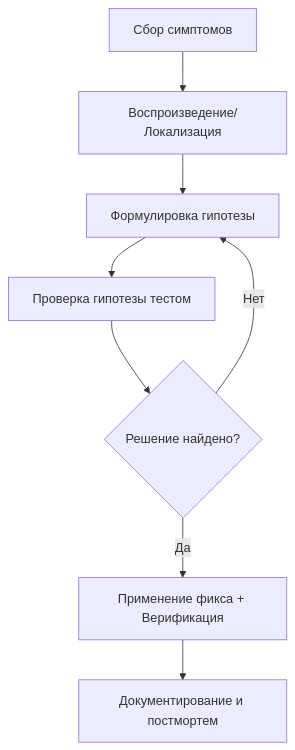
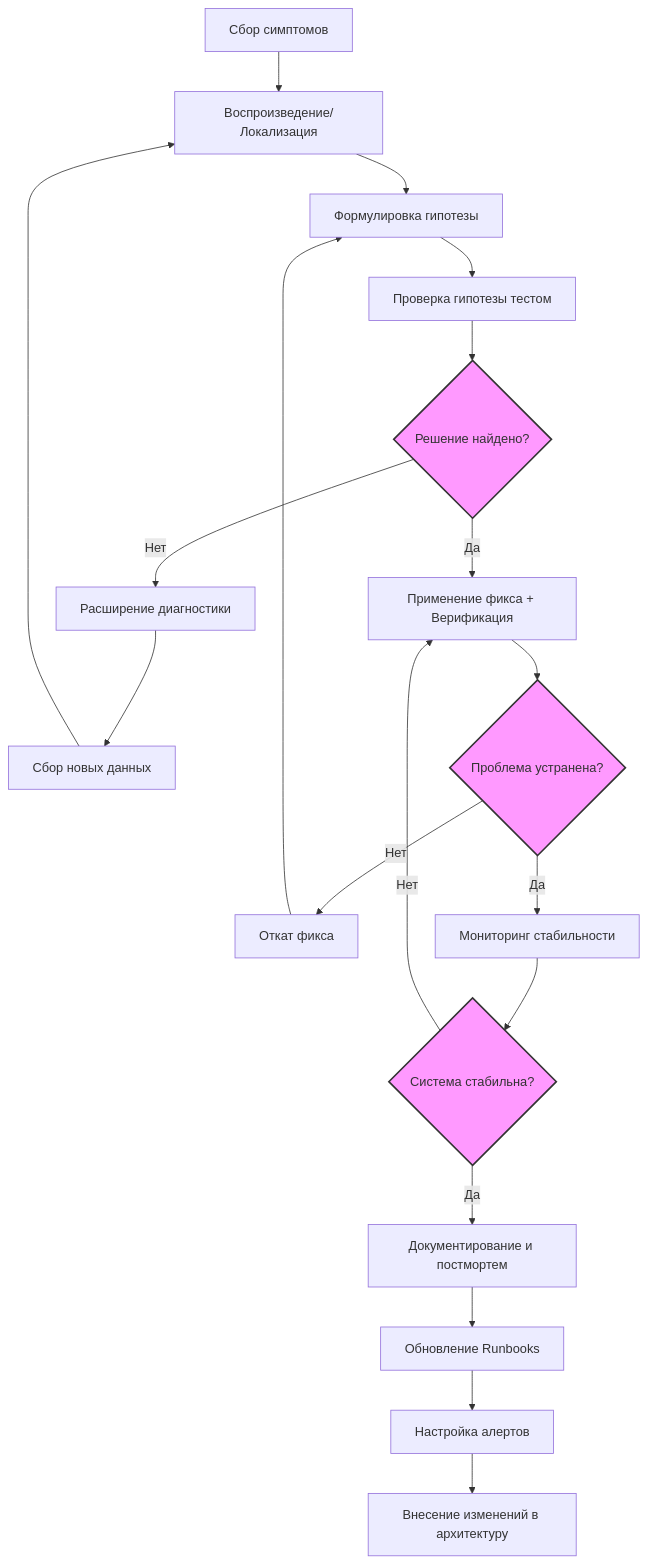
Before and after one commit to Dzhambulat-Kagermanov/obsidian-vault: the first of 3 diagrams in DevOps/Сетевое и системное администрирование/0. Введение и методология/2. Методология Troubleshooting.md, drawn with Mermaid. The commit also changed other lines of this file, not shown here.

````diff
--- a/DevOps/Сетевое и системное администрирование/0. Введение и методология/2. Методология Troubleshooting.md
+++ b/DevOps/Сетевое и системное администрирование/0. Введение и методология/2. Методология Troubleshooting.md
@@ -19,10 +19,28 @@
 ```mermaid
 graph TD
     A[Сбор симптомов] --> B[Воспроизведение/Локализация]
     B --> C[Формулировка гипотезы]
     C --> D[Проверка гипотезы тестом]
     D --> E{Решение найдено?}
-    E -->|Нет| C
-    E -->|Да| F[Применение фикса + Верификация]
-    F --> G[Документирование и постмортем]
+    
+    E -->|Нет| F[Расширение диагностики]
+    F --> G[Сбор новых данных]
+    G --> B
+    
+    E -->|Да| H[Применение фикса + Верификация]
+    H --> I{Проблема устранена?}
+    I -->|Нет| J[Откат фикса]
+    J --> C
+    I -->|Да| K[Мониторинг стабильности]
+    K --> L{Система стабильна?}
+    L -->|Нет| H
+    L -->|Да| M[Документирование и постмортем]
+    
+    M --> N[Обновление Runbooks]
+    N --> O[Настройка алертов]
+    O --> P[Внесение изменений в архитектуру]
+    
+    style E fill:#f9f,stroke:#333,stroke-width:2px
+    style I fill:#f9f,stroke:#333,stroke-width:2px
+    style L fill:#f9f,stroke:#333,stroke-width:2px
 ```
````
